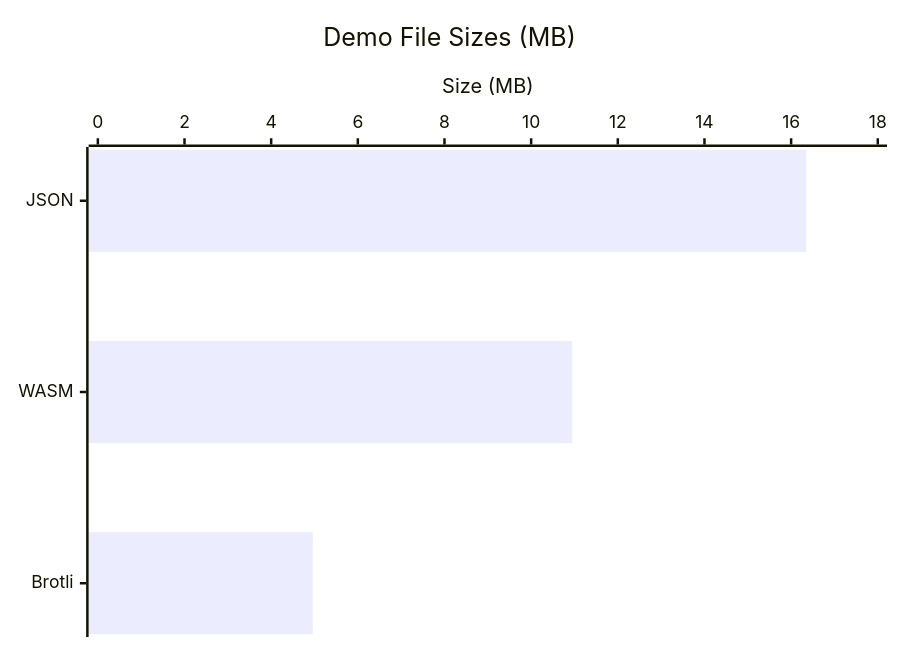
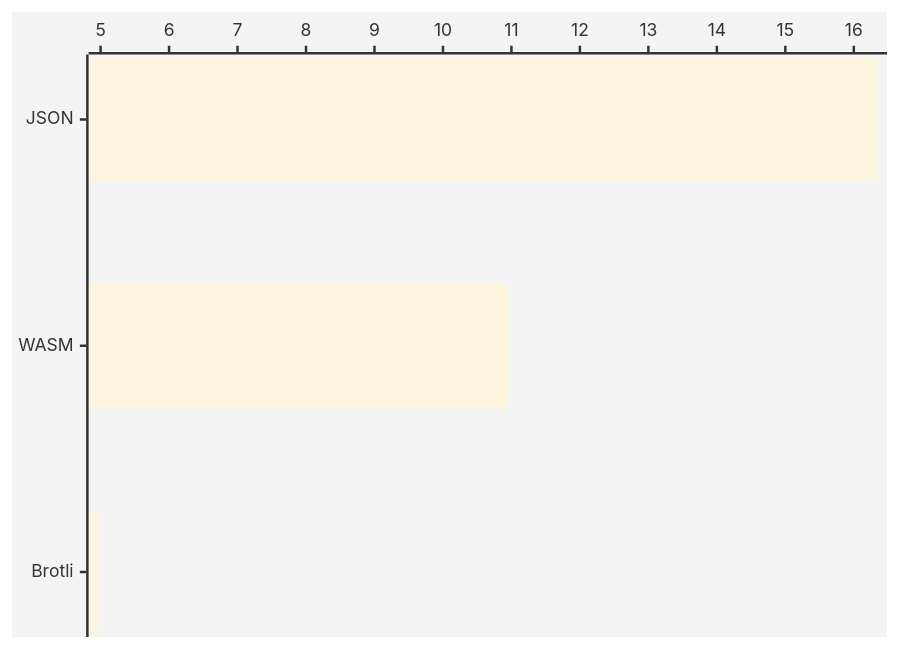
The first of 2 diagrams in README.md (microsoft/docfind), drawn with Mermaid before and after one commit.

Commit message:
Make Mermaid diagram more compact

````diff
--- a/README.md
+++ b/README.md
@@ -21,13 +21,6 @@
 ```mermaid
----
-config:
-  themeVariables:
-    xyChart:
-      backgroundColor: "transparent"
----
+%%{init: {'theme':'base'}}%%
 xychart-beta horizontal
-    title "Demo File Sizes (MB)"
     x-axis [JSON, WASM, Brotli]
-    y-axis "Size (MB)" 0 --> 18
     bar [16.35, 10.95, 4.96]
 ```
````
